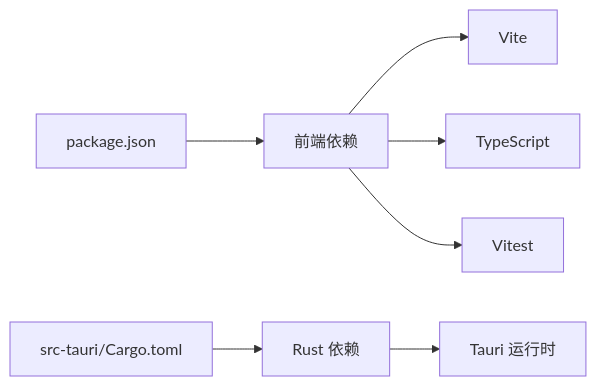
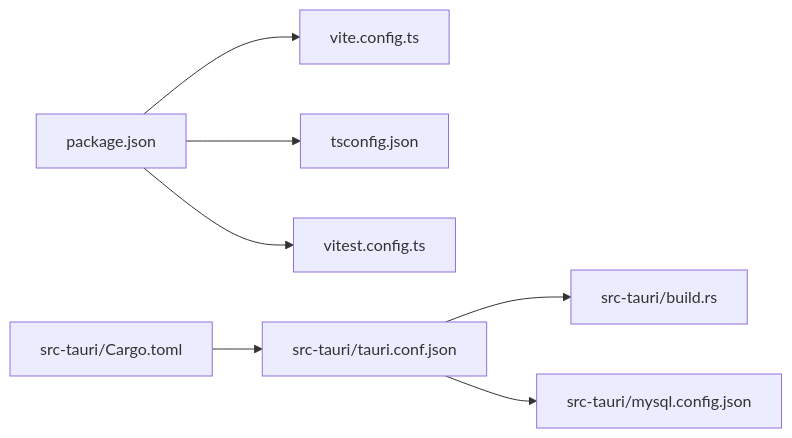
The sixth of 6 diagrams in .qoder/repowiki/zh/content/开发指南/开发指南.md (gzdxhujiale/FishWorker), drawn with Mermaid before and after one commit. The commit also changed other lines of this file and 238 other files, not shown here.

````diff
--- a/.qoder/repowiki/zh/content/开发指南/开发指南.md
+++ b/.qoder/repowiki/zh/content/开发指南/开发指南.md
@@ -296,9 +326,9 @@
 ```mermaid
 graph LR
-PKG["package.json"] --> FE_DEPS["前端依赖"]
-CARGO["src-tauri/Cargo.toml"] --> RS_DEPS["Rust 依赖"]
-FE_DEPS --> VITE["Vite"]
-FE_DEPS --> TS["TypeScript"]
-FE_DEPS --> TEST["Vitest"]
-RS_DEPS --> TAURI["Tauri 运行时"]
+Pkg["package.json"] --> Vite["vite.config.ts"]
+Pkg --> TS["tsconfig.json"]
+Pkg --> Vitest["vitest.config.ts"]
+Cargo["src-tauri/Cargo.toml"] --> TauriConf["src-tauri/tauri.conf.json"]
+TauriConf --> BuildRs["src-tauri/build.rs"]
+TauriConf --> MysqlCfg["src-tauri/mysql.config.json"]
 ```
````
